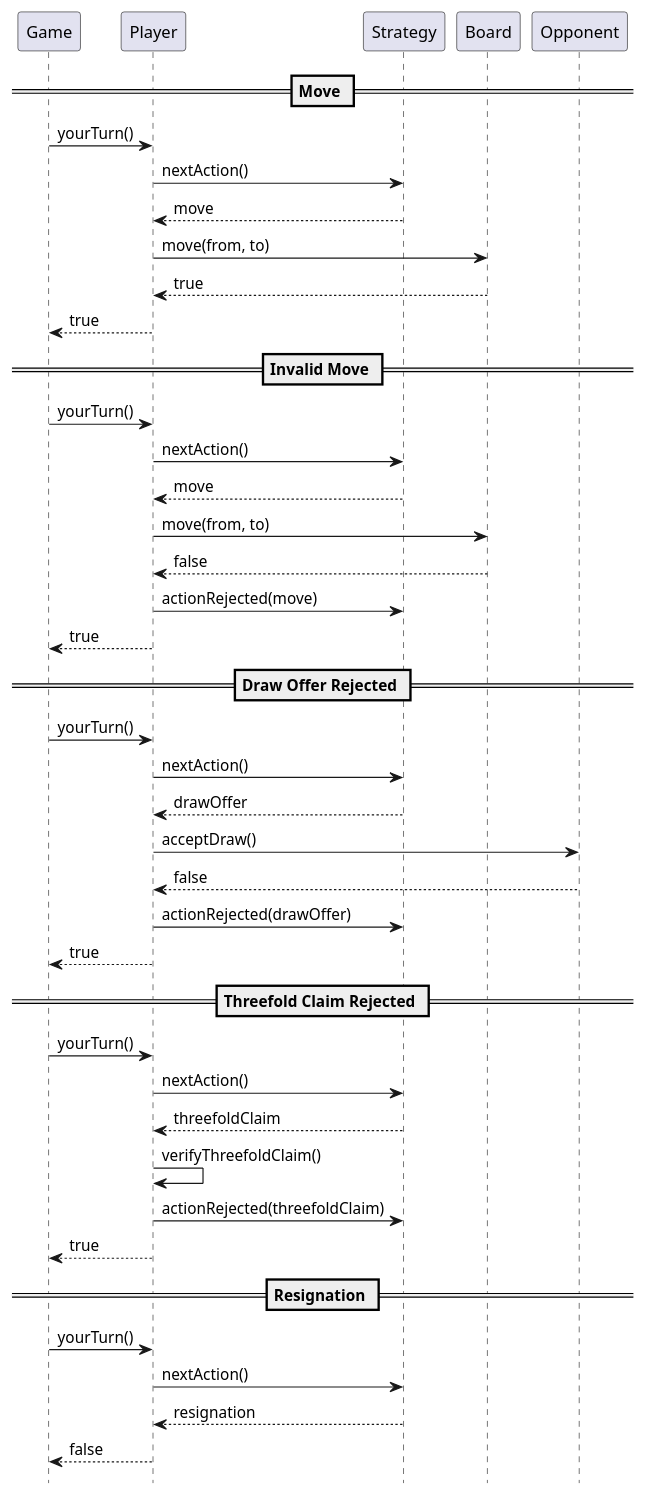
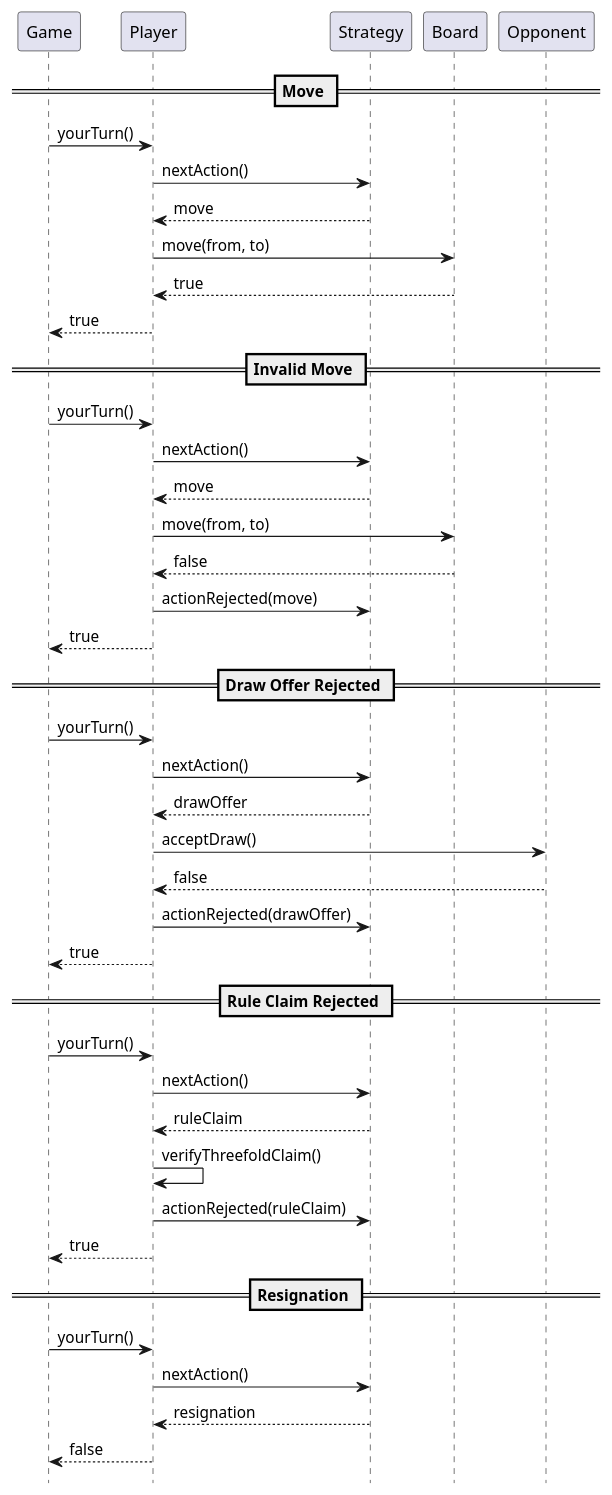
Before and after one commit to isc-carlos-gomez/chess: the diagram in chess/src/design/uml/Player_yourTurn.puml, drawn with PlantUML. The commit also changed 18 other files, not shown here.

Commit message:
Implements PlayerActionVisitor

```diff
--- a/chess/src/design/uml/Player_yourTurn.puml
+++ b/chess/src/design/uml/Player_yourTurn.puml
@@ -1,49 +1,49 @@
 @startuml
 
 == Move ==
 Game -> Player : yourTurn()
 Player -> Strategy : nextAction()
 Player <-- Strategy : move
 Player -> Board : move(from, to)
 Player <-- Board : true
 Game <-- Player : true
 
 == Invalid Move ==
 Game -> Player : yourTurn()
 Player -> Strategy : nextAction()
 Player <-- Strategy : move
 Player -> Board : move(from, to)
 Player <-- Board : false
 Player -> Strategy : actionRejected(move)
 Game <-- Player : true
 
 == Draw Offer Rejected ==
 Game -> Player : yourTurn()
 Player -> Strategy : nextAction()
 Player <-- Strategy : drawOffer
 
 Player -> Opponent : acceptDraw()
 Player <-- Opponent : false
 
 Player -> Strategy : actionRejected(drawOffer)
 Game <-- Player : true
 
-== Threefold Claim Rejected ==
+== Rule Claim Rejected ==
 Game -> Player : yourTurn()
 Player -> Strategy : nextAction()
-Player <-- Strategy : threefoldClaim
+Player <-- Strategy : ruleClaim
 
 Player -> Player : verifyThreefoldClaim()
 
-Player -> Strategy : actionRejected(threefoldClaim)
+Player -> Strategy : actionRejected(ruleClaim)
 Game <-- Player : true
 
 == Resignation ==
 Game -> Player : yourTurn()
 Player -> Strategy : nextAction()
 Player <-- Strategy : resignation
 Game <-- Player : false
 
 
 hide footbox
 @enduml
```
